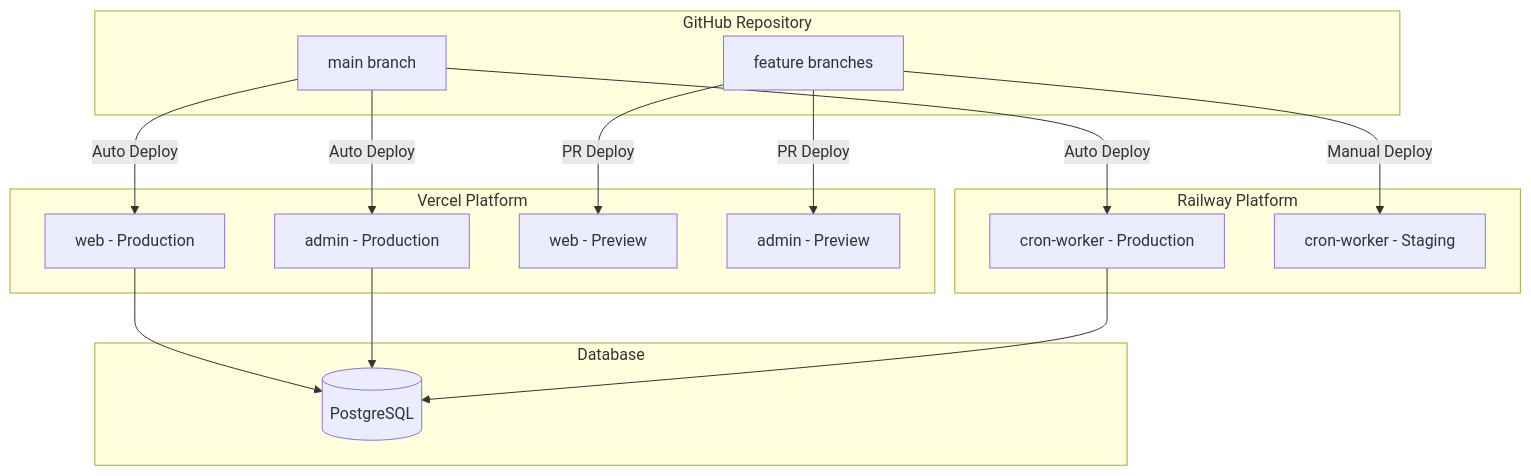
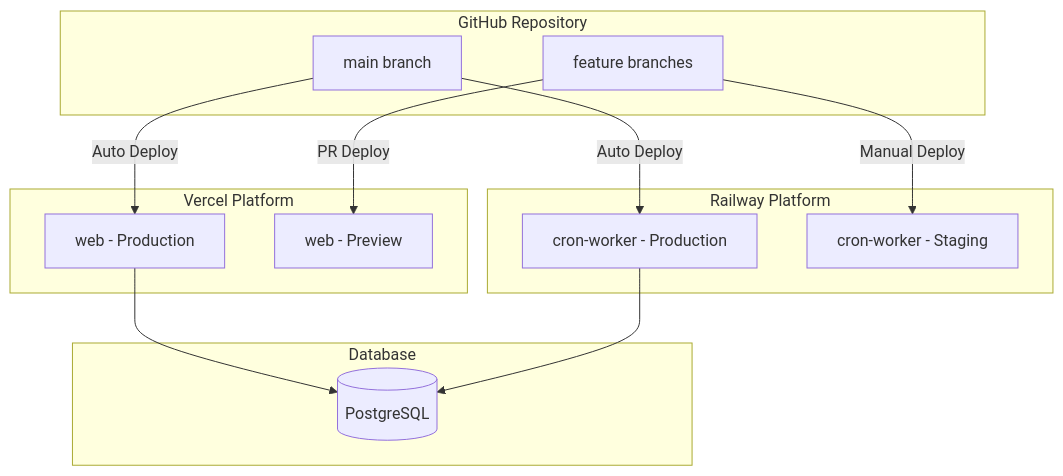
The first of 3 diagrams in docs/steering/infrastructure/deployment.md (einja-inc/einja-management-template), drawn with Mermaid before and after one commit. The commit also changed other lines of this file and 45 other files, not shown here.

````diff
--- a/docs/steering/infrastructure/deployment.md
+++ b/docs/steering/infrastructure/deployment.md
@@ -28,35 +28,30 @@
 ```mermaid
 graph TB
     subgraph "GitHub Repository"
         Main[main branch]
         Feature[feature branches]
     end
 
     subgraph "Vercel Platform"
         WebProd[web - Production]
-        AdminProd[admin - Production]
         WebPreview[web - Preview]
-        AdminPreview[admin - Preview]
     end
 
     subgraph "Railway Platform"
         CronProd[cron-worker - Production]
         CronStaging[cron-worker - Staging]
     end
 
     subgraph "Database"
         DB[(PostgreSQL)]
     end
 
     Main -->|Auto Deploy| WebProd
-    Main -->|Auto Deploy| AdminProd
     Main -->|Auto Deploy| CronProd
 
     Feature -->|PR Deploy| WebPreview
-    Feature -->|PR Deploy| AdminPreview
     Feature -->|Manual Deploy| CronStaging
 
     WebProd --> DB
-    AdminProd --> DB
     CronProd --> DB
 ```
````
